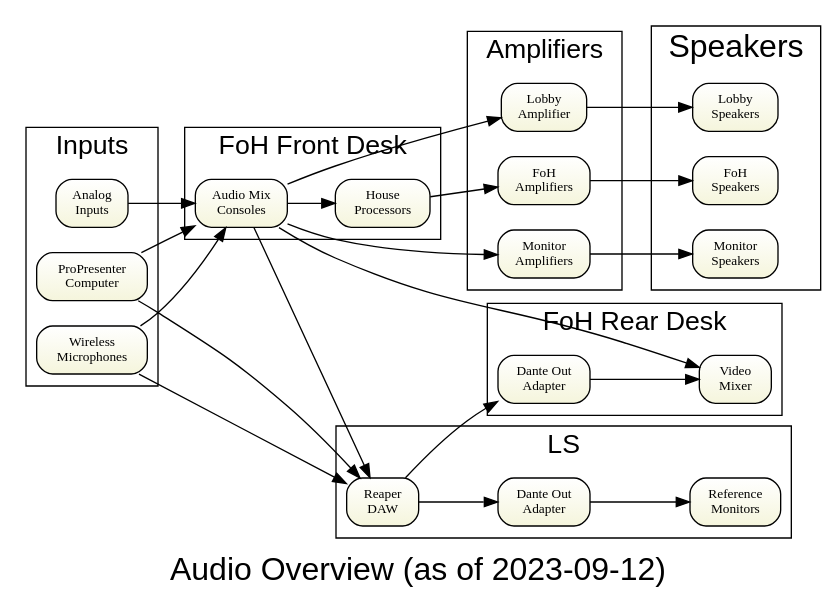
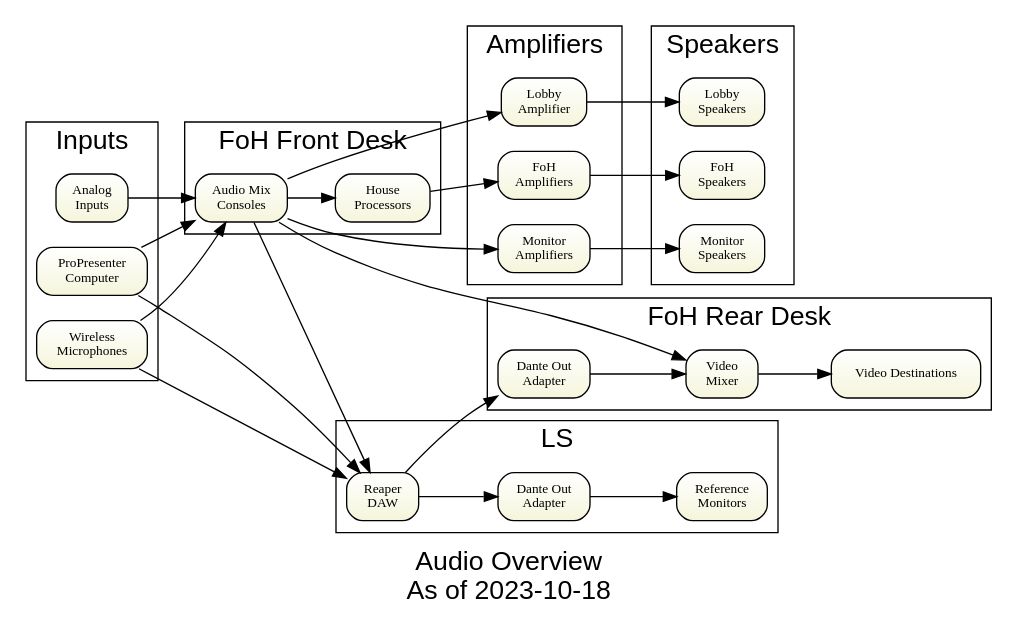
The diagram in gv/sda-overview.gv (avmaint/uactechdoc), drawn with Graphviz before and after one commit. The commit also changed 8 other files, not shown here.

```diff
--- a/gv/sda-overview.gv
+++ b/gv/sda-overview.gv
@@ -1,73 +1,75 @@
 digraph overview { 
 
-graph [overlap = true, fontsize = 24, rankdir=LR 
-      label="Audio Overview (as of 2023-09-12)", 
+graph [overlap = true, fontsize = 20, rankdir=LR 
+      label="Audio Overview\nAs of 2023-10-18", 
       fontname = Helvetica]
 
 node [shape=Mrecord, tooltip="" , fontsize = 10, 
       fillcolor="white:beige" , style=filled  
       gradientangle=270]
 
 mics [label="Wireless\nMicrophones"]
 ppcomputer [label="ProPresenter\nComputer"]
 otherinputs [label="Analog\nInputs"]
 
 mics        -> consoles
 ppcomputer  -> consoles  
 otherinputs -> consoles
 
 consoles  -> videomixer
 
 subgraph cluster_fohfront {label="FoH Front Desk"   fontsize = 20
   consoles			[label="Audio Mix\nConsoles"]
   dsp				[label="House\nProcessors"]
 }
 
 subgraph cluster_fohrear {label="FoH Rear Desk"   fontsize = 20
   videomixer		[label="Video\nMixer"]
   videomixeravio	[label="Dante Out\nAdapter"]
+  videodestinations [label="Video Destinations"]
 }
 
 videomixeravio -> videomixer
+videomixer -> videodestinations
 
 subgraph cluster_livestream  {label="LS"   fontsize = 20
   daw			[label="Reaper\nDAW"]
   refmon		[label="Reference\nMonitors "]
   refmonavio	[label="Dante Out\nAdapter"]
  }
 
 consoles    -> dsp  
 consoles	-> daw
 mics		-> daw
 daw  		-> refmonavio
 refmonavio	-> refmon
 daw			-> videomixeravio
 ppcomputer	-> daw
 
 subgraph cluster_inputs {label="Inputs" fontsize = 20
 mics
 ppcomputer
 otherinputs
 }
 
 subgraph cluster_amps { label="Amplifiers" fontsize = 20
   houseamp		[label="FoH\nAmplifiers"]
   monitoramp	[label="Monitor\nAmplifiers"]  
   lobbyamp		[label="Lobby\nAmplifier"]
 }
 
 subgraph cluster_spkrs {label="Speakers"
   monitorspeakers	[label="Monitor\nSpeakers"] 
   lobbyspeakers 	[label="Lobby\nSpeakers"]
   housespeakers 	[label="FoH\nSpeakers"]
 }
 
 dsp  -> houseamp 
 houseamp -> housespeakers  
 
 consoles    -> lobbyamp
 lobbyamp    -> lobbyspeakers
 
 consoles    -> monitoramp 
 monitoramp  -> monitorspeakers 
 } 
```
